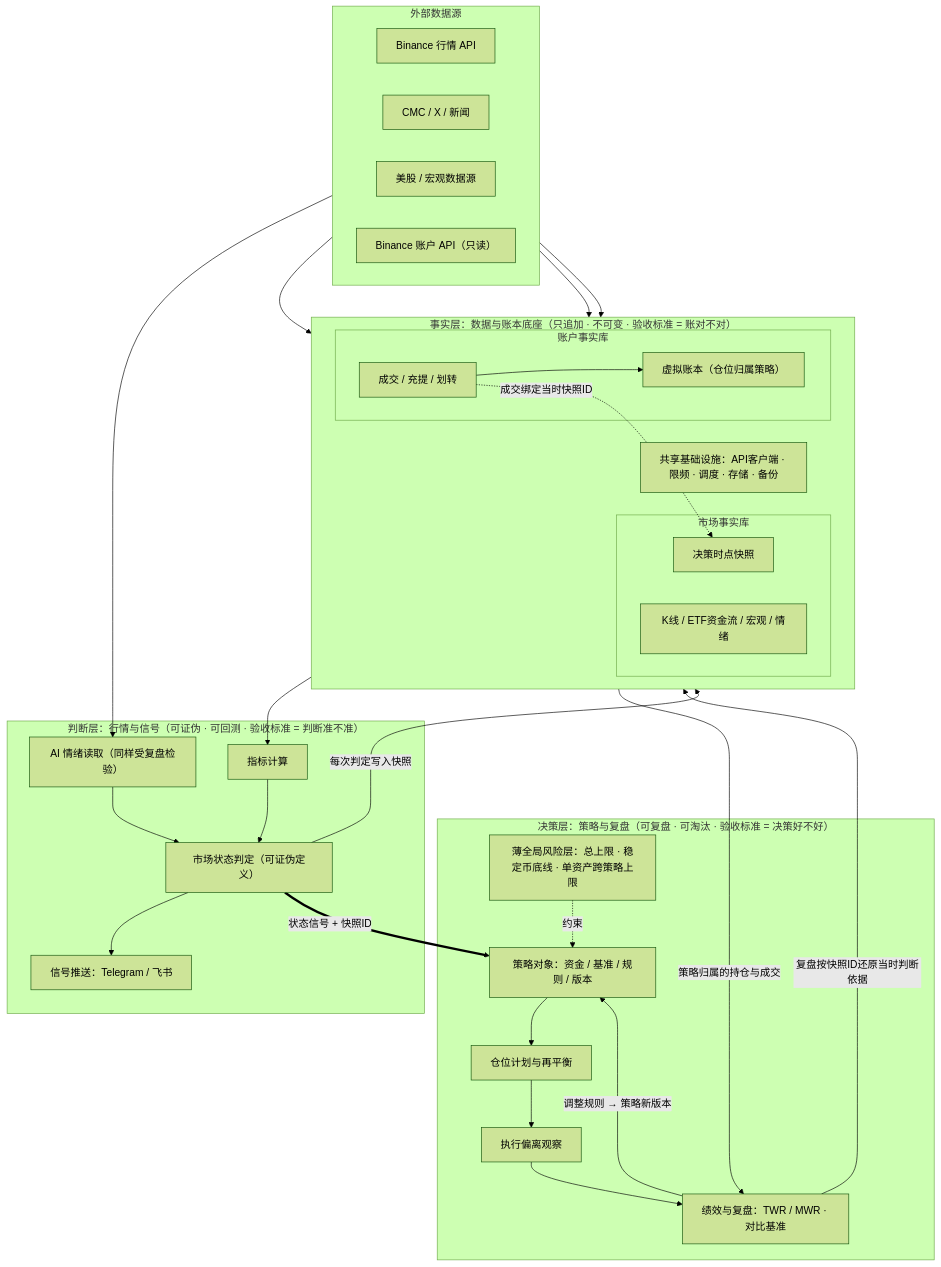
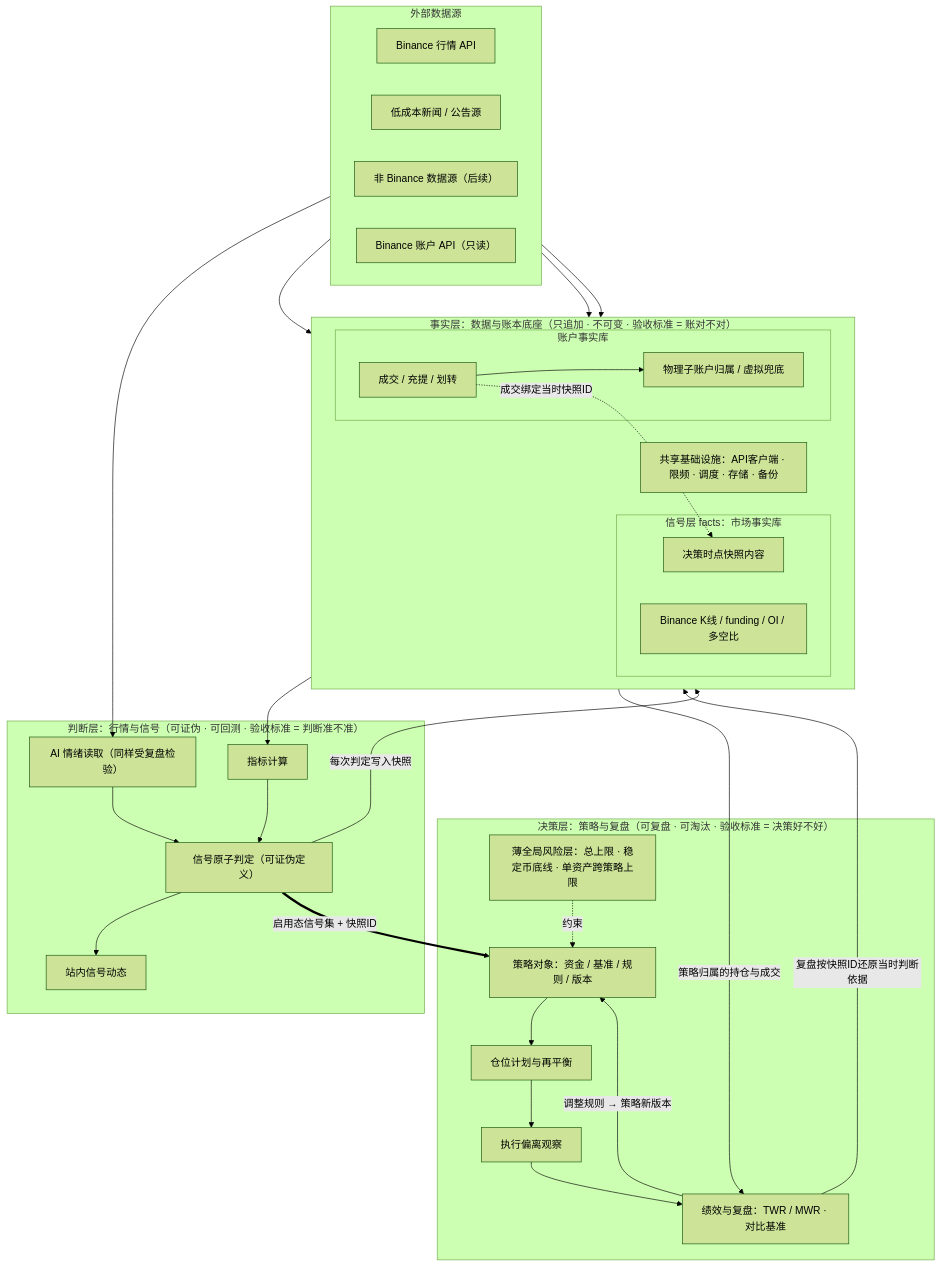
Before and after one commit to 0xmikehe/DA-Strategy: the diagram in docs/prd/数字资产投资操作系统_总PRD_v0.1.md, drawn with Mermaid (forest theme). The commit also changed other lines of this file and 48 other files, not shown here.

````diff
--- a/docs/prd/数字资产投资操作系统_总PRD_v0.1.md
+++ b/docs/prd/数字资产投资操作系统_总PRD_v0.1.md
@@ -75,58 +75,58 @@
 ```mermaid
 flowchart TB
 
     subgraph EXT["外部数据源"]
         direction LR
         E1["Binance 行情 API"]
-        E2["CMC / X / 新闻"]
-        E3["美股 / 宏观数据源"]
+        E2["低成本新闻 / 公告源"]
+        E3["非 Binance 数据源（后续）"]
         E4["Binance 账户 API（只读）"]
     end
 
     subgraph L1["事实层：数据与账本底座（只追加 · 不可变 · 验收标准 = 账对不对）"]
         direction LR
-        subgraph F1["市场事实库"]
-            M1["K线 / ETF资金流 / 宏观 / 情绪"]
-            M2["决策时点快照"]
+        subgraph F1["信号层 facts：市场事实库"]
+            M1["Binance K线 / funding / OI / 多空比"]
+            M2["决策时点快照内容"]
         end
         subgraph F2["账户事实库"]
             A1["成交 / 充提 / 划转"]
-            A2["虚拟账本（仓位归属策略）"]
+            A2["物理子账户归属 / 虚拟兜底"]
         end
         I0["共享基础设施：API客户端 · 限频 · 调度 · 存储 · 备份"]
     end
 
     subgraph L2["判断层：行情与信号（可证伪 · 可回测 · 验收标准 = 判断准不准）"]
         J1["指标计算"]
         J4["AI 情绪读取（同样受复盘检验）"]
-        J2["市场状态判定（可证伪定义）"]
-        J3["信号推送：Telegram / 飞书"]
+        J2["信号原子判定（可证伪定义）"]
+        J3["站内信号动态"]
     end
 
     subgraph L3["决策层：策略与复盘（可复盘 · 可淘汰 · 验收标准 = 决策好不好）"]
         S1["策略对象：资金 / 基准 / 规则 / 版本"]
         S2["仓位计划与再平衡"]
         S3["执行偏离观察"]
         S4["绩效与复盘：TWR / MWR · 对比基准"]
         S0["薄全局风险层：总上限 · 稳定币底线 · 单资产跨策略上限"]
     end
 
     E1 --> M1
     E2 --> J4
     E3 --> M1
     E4 --> A1
 
     M1 --> J1 --> J2
     J4 --> J2
     J2 --> J3
     J2 -- "每次判定写入快照" --> M2
 
-    J2 == "状态信号 + 快照ID" ==> S1
+    J2 == "启用态信号集 + 快照ID" ==> S1
     S0 -.约束.-> S1
     S1 --> S2 --> S3 --> S4
     A1 --> A2
     A2 -- "策略归属的持仓与成交" --> S4
     A1 -. "成交绑定当时快照ID" .-> M2
     S4 -- "复盘按快照ID还原当时判断依据" --> M2
     S4 -- "调整规则 → 策略新版本" --> S1
 ```
````
